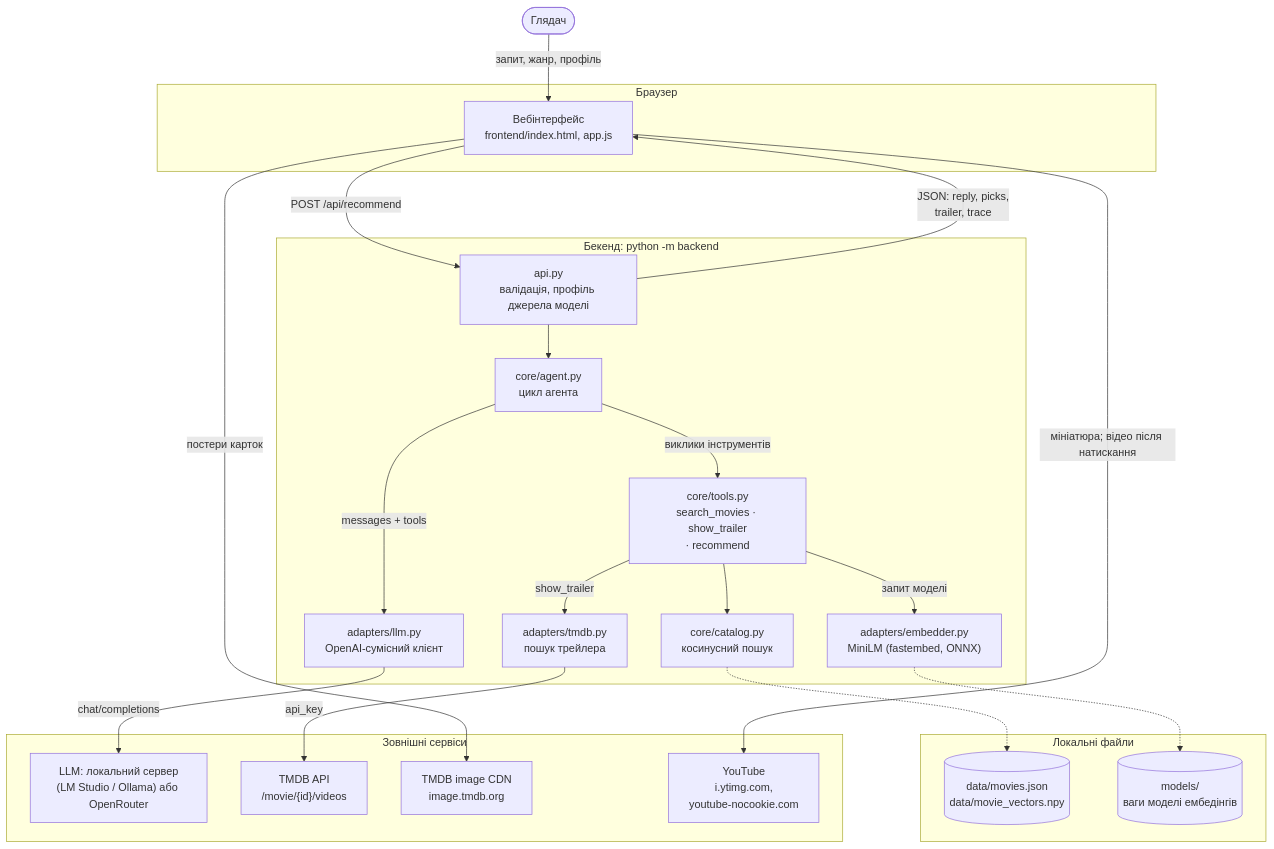
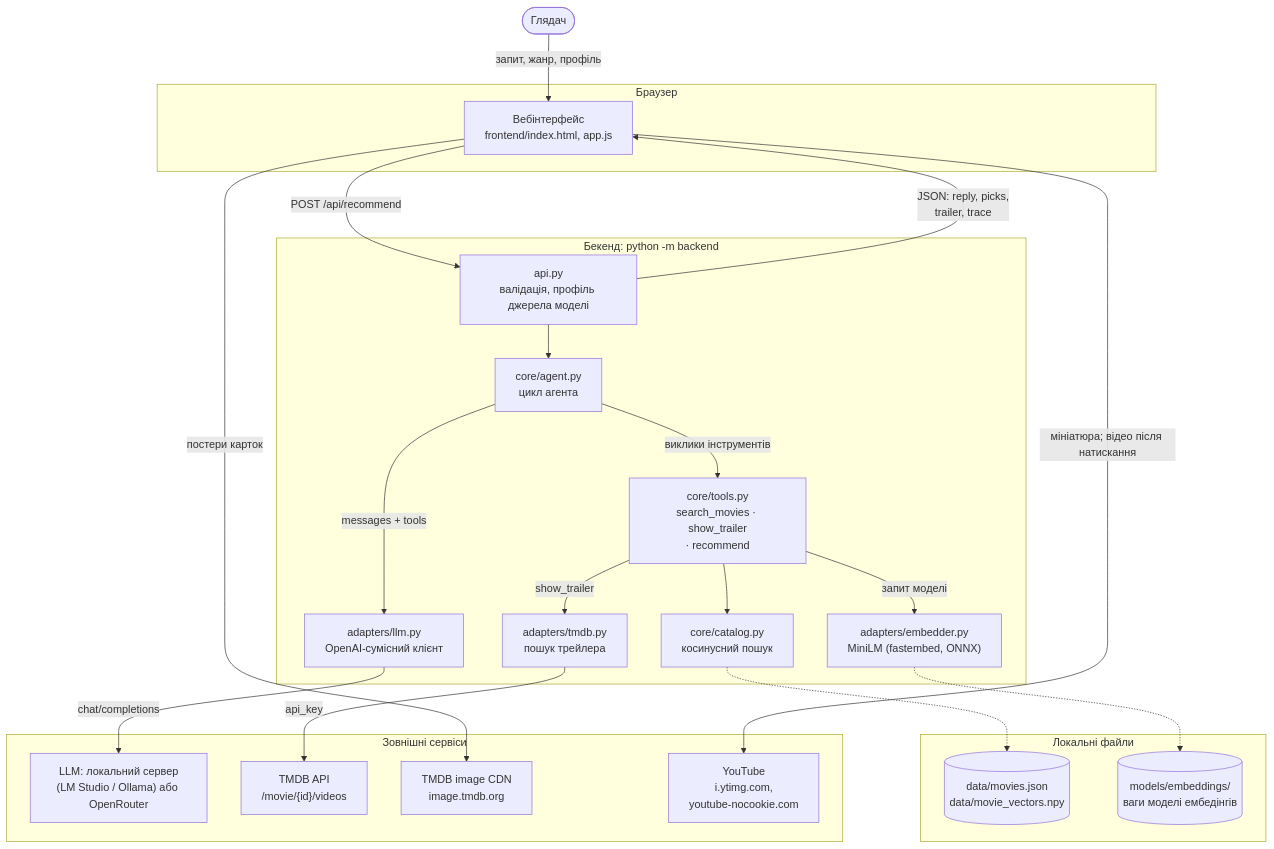
One commit to woldemarg/movie_rs changed the first of 4 diagrams in docs/05-e2e-workflow.md. Above: the diagram before and after it, drawn with Mermaid. The commit also changed other lines of this file and 17 other files, not shown here.

````diff
--- a/docs/05-e2e-workflow.md
+++ b/docs/05-e2e-workflow.md
@@ -7,46 +7,46 @@
 ```mermaid
 flowchart TB
     viewer(["Глядач"])
 
     subgraph browser["Браузер"]
         ui["Вебінтерфейс<br/>frontend/index.html, app.js"]
     end
 
     subgraph backend["Бекенд: python -m backend"]
         api["api.py<br/>валідація, профіль джерела моделі"]
         agent["core/agent.py<br/>цикл агента"]
         tools["core/tools.py<br/>search_movies · show_trailer<br/>· recommend"]
         catalog["core/catalog.py<br/>косинусний пошук"]
         embedder["adapters/embedder.py<br/>MiniLM (fastembed, ONNX)"]
         llmc["adapters/llm.py<br/>OpenAI-сумісний клієнт"]
         tmdbc["adapters/tmdb.py<br/>пошук трейлера"]
     end
 
     subgraph files["Локальні файли"]
         data[("data/movies.json<br/>data/movie_vectors.npy")]
-        model[("models/<br/>ваги моделі ембедінгів")]
+        model[("models/embeddings/<br/>ваги моделі ембедінгів")]
     end
 
     subgraph external["Зовнішні сервіси"]
         llm["LLM: локальний сервер<br/>(LM Studio / Ollama) або OpenRouter"]
         tmdbapi["TMDB API<br/>/movie/{id}/videos"]
         cdn["TMDB image CDN<br/>image.tmdb.org"]
         yt["YouTube<br/>i.ytimg.com,<br/>youtube-nocookie.com"]
     end
 
     viewer -- "запит, жанр, профіль" --> ui
     ui -- "POST /api/recommend" --> api
     api --> agent
     agent -- "messages + tools" --> llmc
     llmc -- "chat/completions" --> llm
     agent -- "виклики інструментів" --> tools
     tools -- "запит моделі" --> embedder
     embedder -.-> model
     tools --> catalog
     catalog -.-> data
     tools -- "show_trailer" --> tmdbc
     tmdbc -- "api_key" --> tmdbapi
     api -- "JSON: reply, picks,<br/>trailer, trace" --> ui
     ui -- "постери карток" --> cdn
     ui -- "мініатюра; відео після натискання" --> yt
 ```
````
